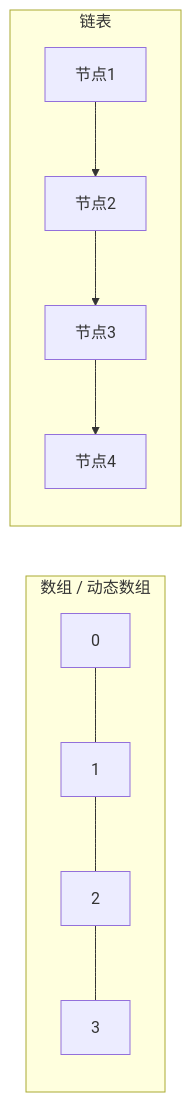
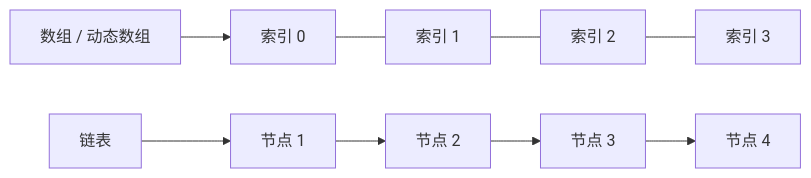
The second of 3 diagrams in review/12-常见数据结构与复杂度-图解与自测.md (studyzhige-ui/python-interview-handbook), drawn with Mermaid before and after one commit. The commit also changed other lines of this file and 11 other files, not shown here.

First line of the commit message:
fix: repair Mermaid rendering across review chapters

````diff
--- a/review/12-常见数据结构与复杂度-图解与自测.md
+++ b/review/12-常见数据结构与复杂度-图解与自测.md
@@ -24,11 +24,12 @@
 ```mermaid
 flowchart LR
-    subgraph Array[数组 / 动态数组]
-      A1[0] --- A2[1] --- A3[2] --- A4[3]
-    end
-    subgraph Linked[链表]
-      L1[节点1] --> L2[节点2]
-      L2 --> L3[节点3]
-      L3 --> L4[节点4]
-    end
+    ARR["数组 / 动态数组"] --> A1["索引 0"]
+    A1 --- A2["索引 1"]
+    A2 --- A3["索引 2"]
+    A3 --- A4["索引 3"]
+
+    LINK["链表"] --> L1["节点 1"]
+    L1 --> L2["节点 2"]
+    L2 --> L3["节点 3"]
+    L3 --> L4["节点 4"]
 ```
````
